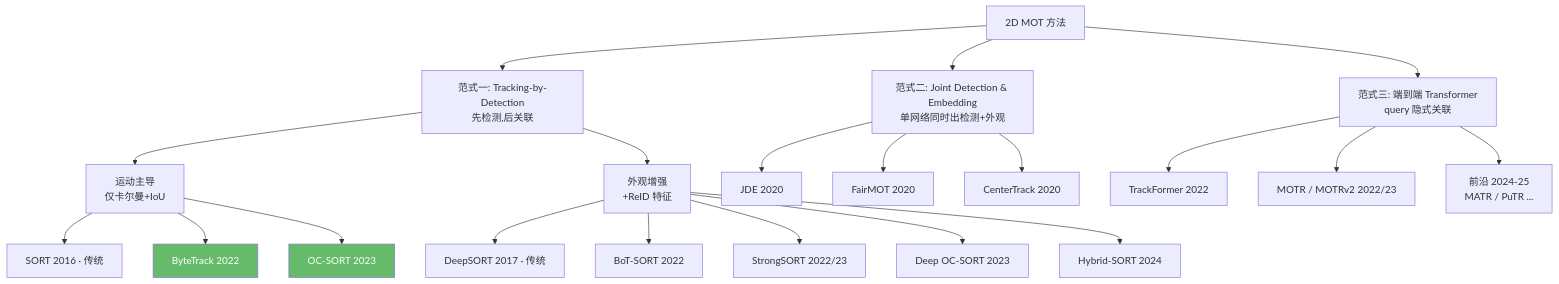
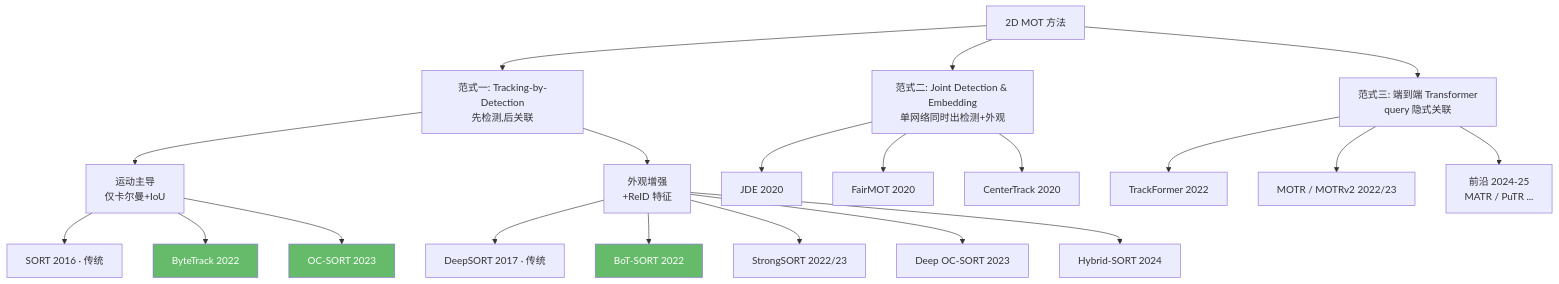
Before and after one commit to yyq19990828/onnxtools: the second of 9 diagrams in docs/guides/tracking/index.md, drawn with Mermaid. The commit also changed other lines of this file and 17 other files, not shown here.

````diff
--- a/docs/guides/tracking/index.md
+++ b/docs/guides/tracking/index.md
@@ -68,31 +68,32 @@
 ```mermaid
 graph TD
     ROOT["2D MOT 方法"]
     ROOT --> TBD["范式一: Tracking-by-Detection<br/>先检测,后关联"]
     ROOT --> JDE["范式二: Joint Detection & Embedding<br/>单网络同时出检测+外观"]
     ROOT --> E2E["范式三: 端到端 Transformer<br/>query 隐式关联"]
 
     TBD --> MOTION["运动主导<br/>仅卡尔曼+IoU"]
     TBD --> APPEAR["外观增强<br/>+ReID 特征"]
 
     MOTION --> M1["SORT 2016 · 传统"]
     MOTION --> M2["ByteTrack 2022"]
     MOTION --> M3["OC-SORT 2023"]
 
     APPEAR --> A0["DeepSORT 2017 · 传统"]
     APPEAR --> A1["BoT-SORT 2022"]
     APPEAR --> A2["StrongSORT 2022/23"]
     APPEAR --> A3["Deep OC-SORT 2023"]
     APPEAR --> A4["Hybrid-SORT 2024"]
 
     JDE --> J1["JDE 2020"]
     JDE --> J2["FairMOT 2020"]
     JDE --> J3["CenterTrack 2020"]
 
     E2E --> T1["TrackFormer 2022"]
     E2E --> T2["MOTR / MOTRv2 2022/23"]
     E2E --> T3["前沿 2024-25<br/>MATR / PuTR ..."]
 
     style M2 fill:#66bb6a,color:#fff
     style M3 fill:#66bb6a,color:#fff
+    style A1 fill:#66bb6a,color:#fff
 ```
````
